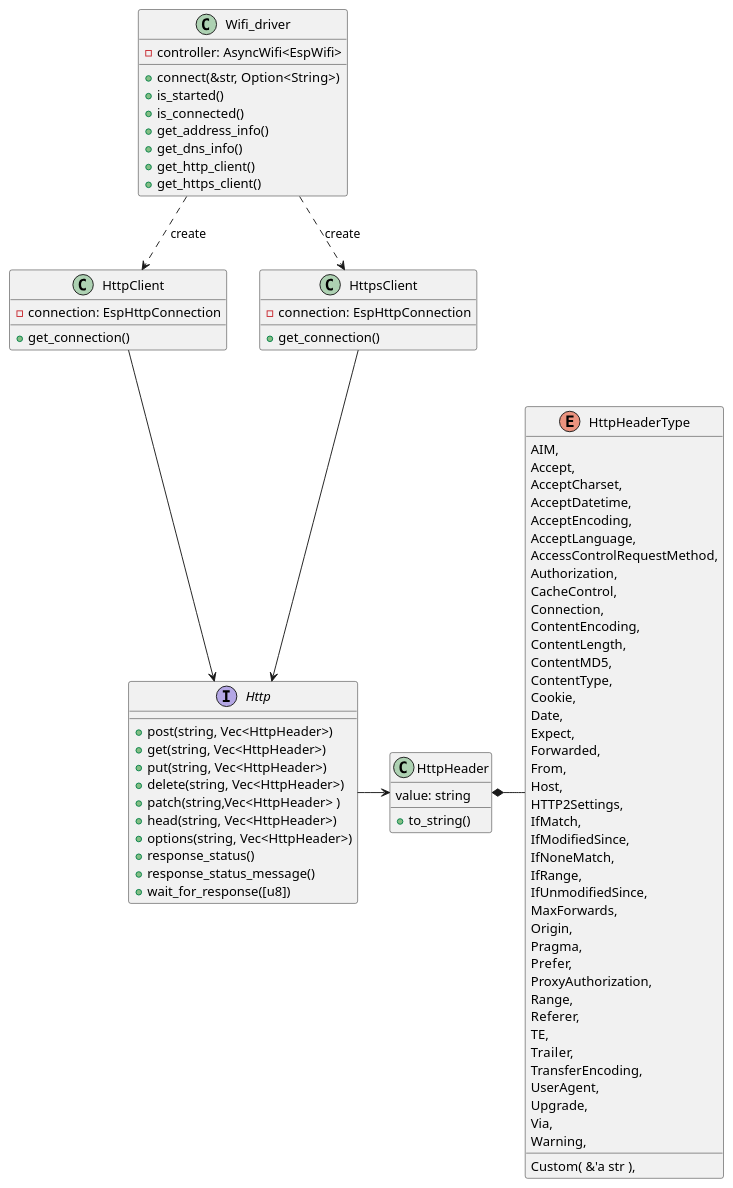
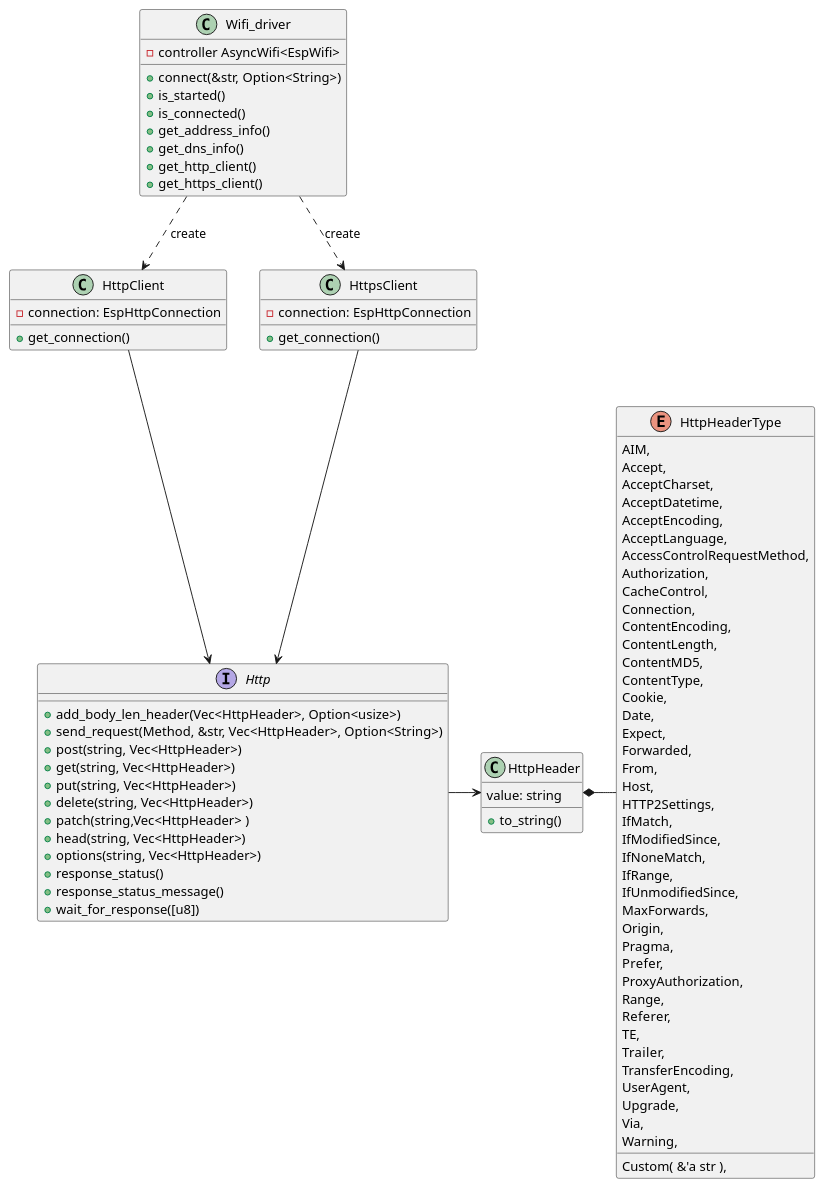
The diagram in diagrams/wifi-driver.puml (esp32framework/esp32framework), drawn with PlantUML before and after one commit. The commit also changed 1 other file, not shown here.

Commit message:
updated wifi diagram

```diff
--- a/diagrams/wifi-driver.puml
+++ b/diagrams/wifi-driver.puml
@@ -1,94 +1,96 @@
 @startuml Wifi Driver
 
 class Wifi_driver{
-    -controller: AsyncWifi<EspWifi>
+    -controller AsyncWifi<EspWifi>
     +connect(&str, Option<String>)
     +is_started()
     +is_connected()
     +get_address_info()
     +get_dns_info()
     +get_http_client()
     +get_https_client()
 }
 
 interface Http{
+    +add_body_len_header(Vec<HttpHeader>, Option<usize>)
+    +send_request(Method, &str, Vec<HttpHeader>, Option<String>)
     +post(string, Vec<HttpHeader>)
     +get(string, Vec<HttpHeader>)
     +put(string, Vec<HttpHeader>)
     +delete(string, Vec<HttpHeader>)
     +patch(string,Vec<HttpHeader> )
     +head(string, Vec<HttpHeader>)
     +options(string, Vec<HttpHeader>)
     +response_status()
     +response_status_message()
     +wait_for_response([u8])
 }
 
 class HttpClient{
     -connection: EspHttpConnection
     +get_connection()
     
 }
 
 class HttpsClient{
     -connection: EspHttpConnection
     +get_connection()
 }
 
 class HttpHeader {
     value: string
     +to_string()
 }
 
 enum HttpHeaderType {
     AIM,
     Accept,
     AcceptCharset,
     AcceptDatetime,
     AcceptEncoding,
     AcceptLanguage,
     AccessControlRequestMethod,
     Authorization,
     CacheControl,
     Connection,
     ContentEncoding,
     ContentLength,
     ContentMD5,
     ContentType,
     Cookie,
     Custom( &'a str ),
     Date,
     Expect,
     Forwarded,
     From,
     Host,
     HTTP2Settings,
     IfMatch,
     IfModifiedSince,
     IfNoneMatch,
     IfRange,
     IfUnmodifiedSince,
     MaxForwards,
     Origin,
     Pragma,	
     Prefer,	
     ProxyAuthorization,
     Range,	
     Referer,
     TE,
     Trailer,
     TransferEncoding,
     UserAgent,
     Upgrade,
     Via,
     Warning,
 }
 
 Wifi_driver ..> HttpClient: create
 Wifi_driver ..> HttpsClient: create
 HttpClient --> Http
 HttpsClient --> Http
 Http -> HttpHeader
 HttpHeader *- HttpHeaderType
 
 @enduml
```
